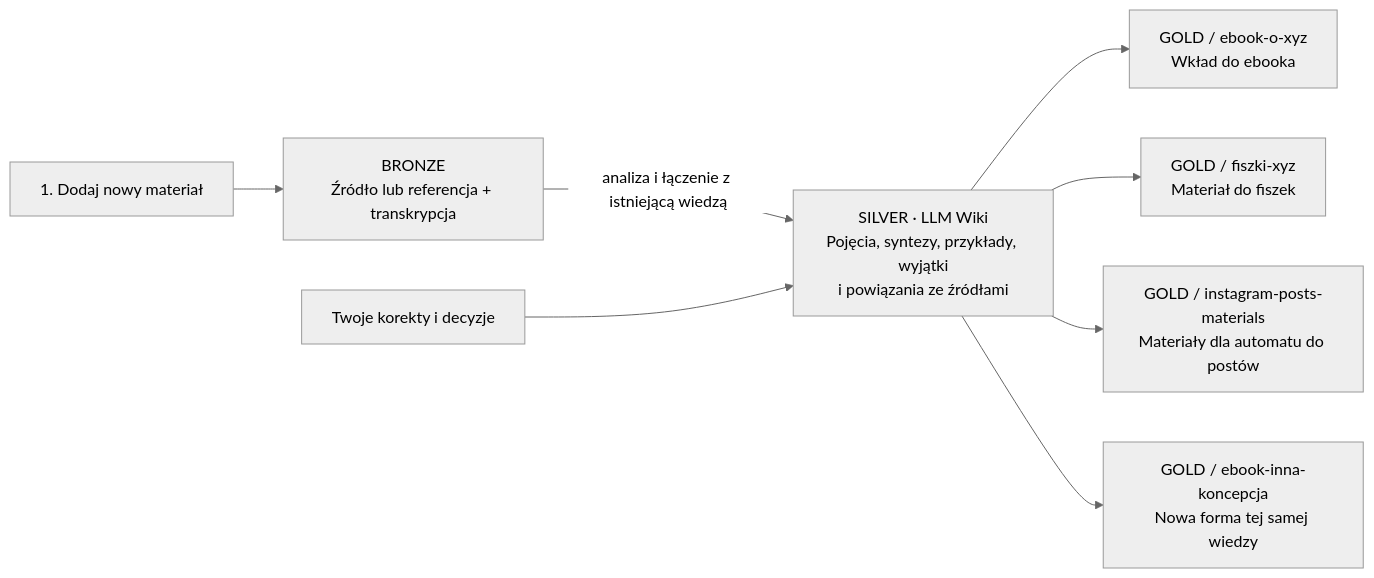
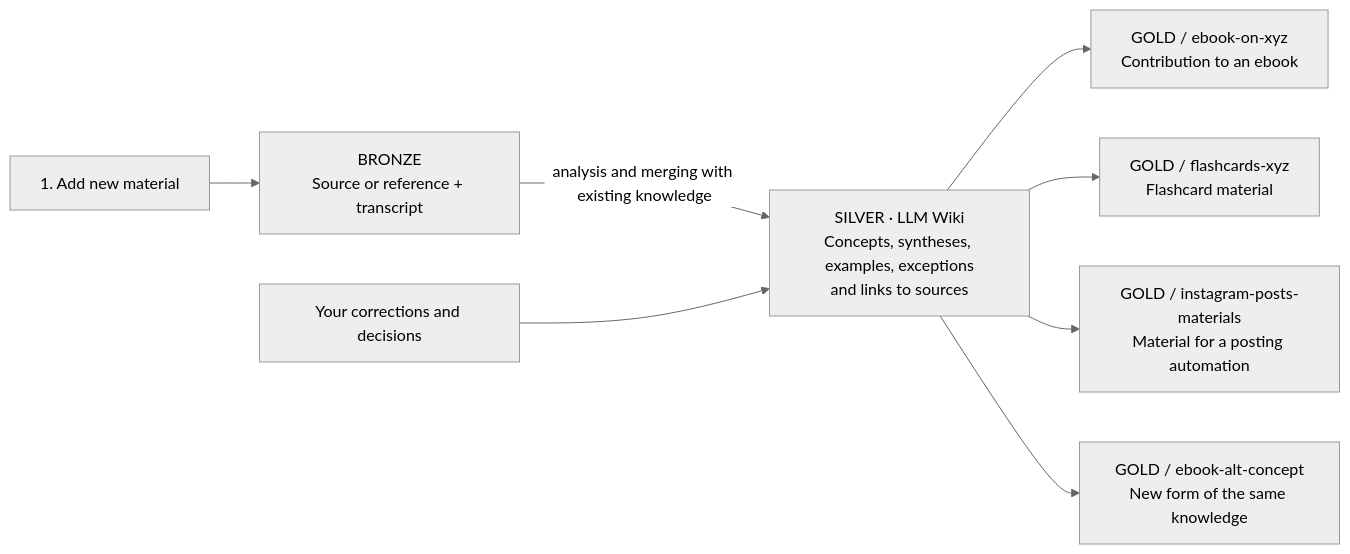
The diagram in docs/architecture.md (PiotrWachulec/master-hub), drawn with Mermaid (neutral theme) before and after one commit. The commit also changed other lines of this file and 26 other files, not shown here.

````diff
--- a/docs/architecture.md
+++ b/docs/architecture.md
@@ -54,10 +63,10 @@
 ```mermaid
 flowchart LR
-    A["1. Dodaj nowy materiał"] --> B["BRONZE<br/>Źródło lub referencja + transkrypcja"]
-    B -->|"analiza i łączenie z istniejącą wiedzą"| S["SILVER · LLM Wiki<br/>Pojęcia, syntezy, przykłady, wyjątki<br/>i powiązania ze źródłami"]
-    C["Twoje korekty i decyzje"] --> S
-    S --> E["GOLD / ebook-o-xyz<br/>Wkład do ebooka"]
-    S --> F["GOLD / fiszki-xyz<br/>Materiał do fiszek"]
-    S --> I["GOLD / instagram-posts-materials<br/>Materiały dla automatu do postów"]
-    S --> N["GOLD / ebook-inna-koncepcja<br/>Nowa forma tej samej wiedzy"]
+    A["1. Add new material"] --> B["BRONZE<br/>Source or reference + transcript"]
+    B -->|"analysis and merging with existing knowledge"| S["SILVER · LLM Wiki<br/>Concepts, syntheses, examples, exceptions<br/>and links to sources"]
+    C["Your corrections and decisions"] --> S
+    S --> E["GOLD / ebook-on-xyz<br/>Contribution to an ebook"]
+    S --> F["GOLD / flashcards-xyz<br/>Flashcard material"]
+    S --> I["GOLD / instagram-posts-materials<br/>Material for a posting automation"]
+    S --> N["GOLD / ebook-alt-concept<br/>New form of the same knowledge"]
 ```
````
